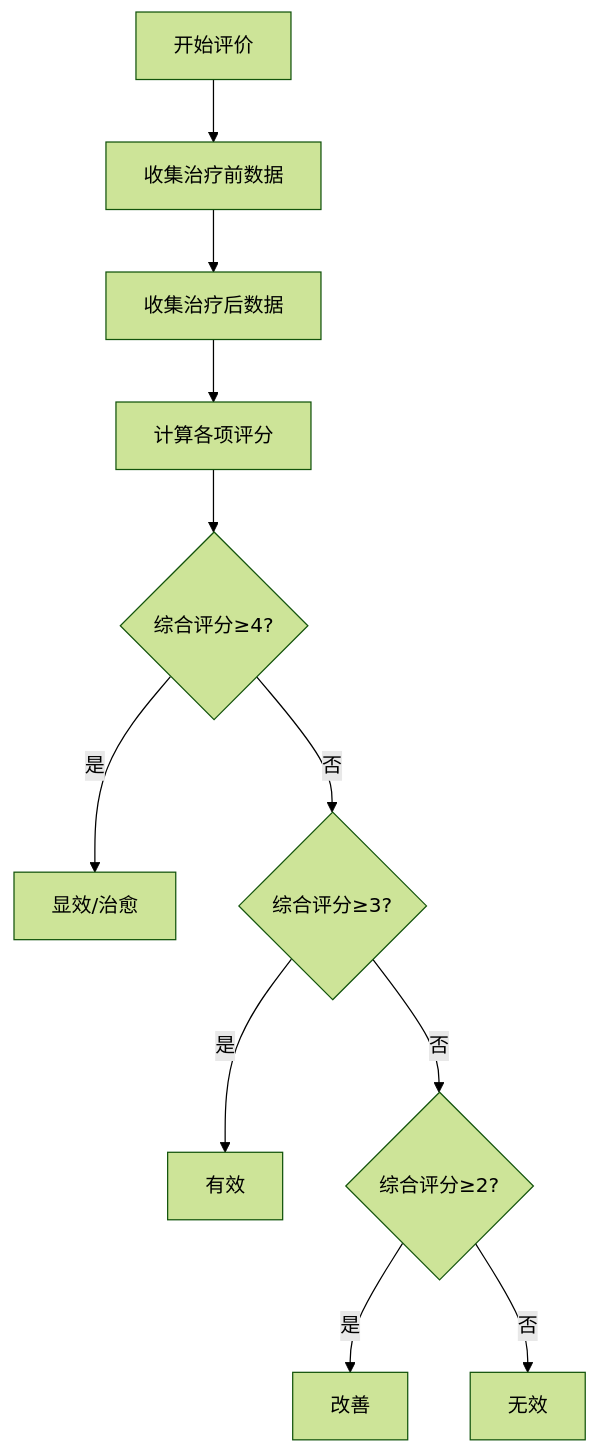
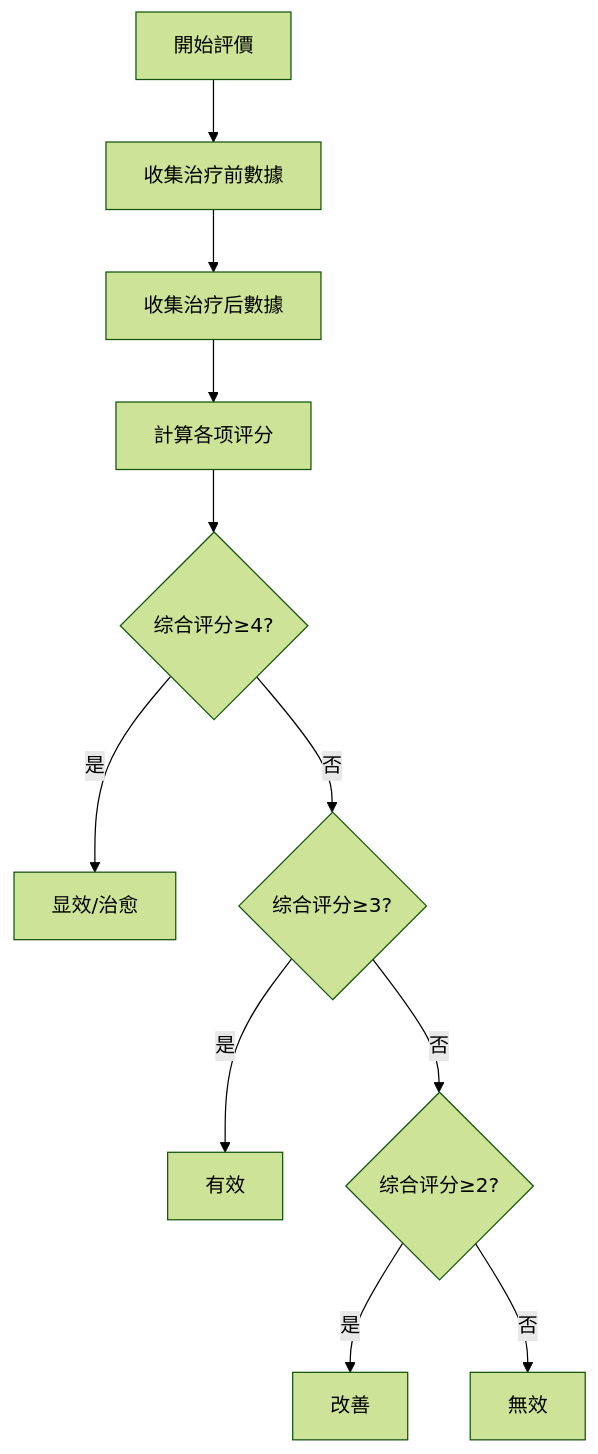
One commit to kmjade/knowledge-value changed the third of 5 diagrams in 3 Resources/01-Tech/🏥 专业知识/耳穴知识库/04_临床应用/疗效评价标准.md. Above: the diagram before and after it, drawn with Mermaid (forest theme). The commit also changed other lines of this file and 653 other files, not shown here.

````diff
--- a/3 Resources/01-Tech/🏥 专业知识/耳穴知识库/04_临床应用/疗效评价标准.md
+++ b/3 Resources/01-Tech/🏥 专业知识/耳穴知识库/04_临床应用/疗效评价标准.md
@@ -170,13 +170,13 @@
 ```mermaid
 graph TD
-    A[开始评价] --> B[收集治疗前数据]
-    B --> C[收集治疗后数据]
-    C --> D[计算各项评分]
+    A[開始評價] --> B[收集治疗前數據]
+    B --> C[收集治疗后數據]
+    C --> D[計算各项评分]
     D --> E{综合评分≥4?}
     E -->|是| F[显效/治愈]
     E -->|否| G{综合评分≥3?}
     G -->|是| H[有效]
     G -->|否| I{综合评分≥2?}
     I -->|是| J[改善]
-    I -->|否| K[无效]
+    I -->|否| K[無效]
 ```
````
